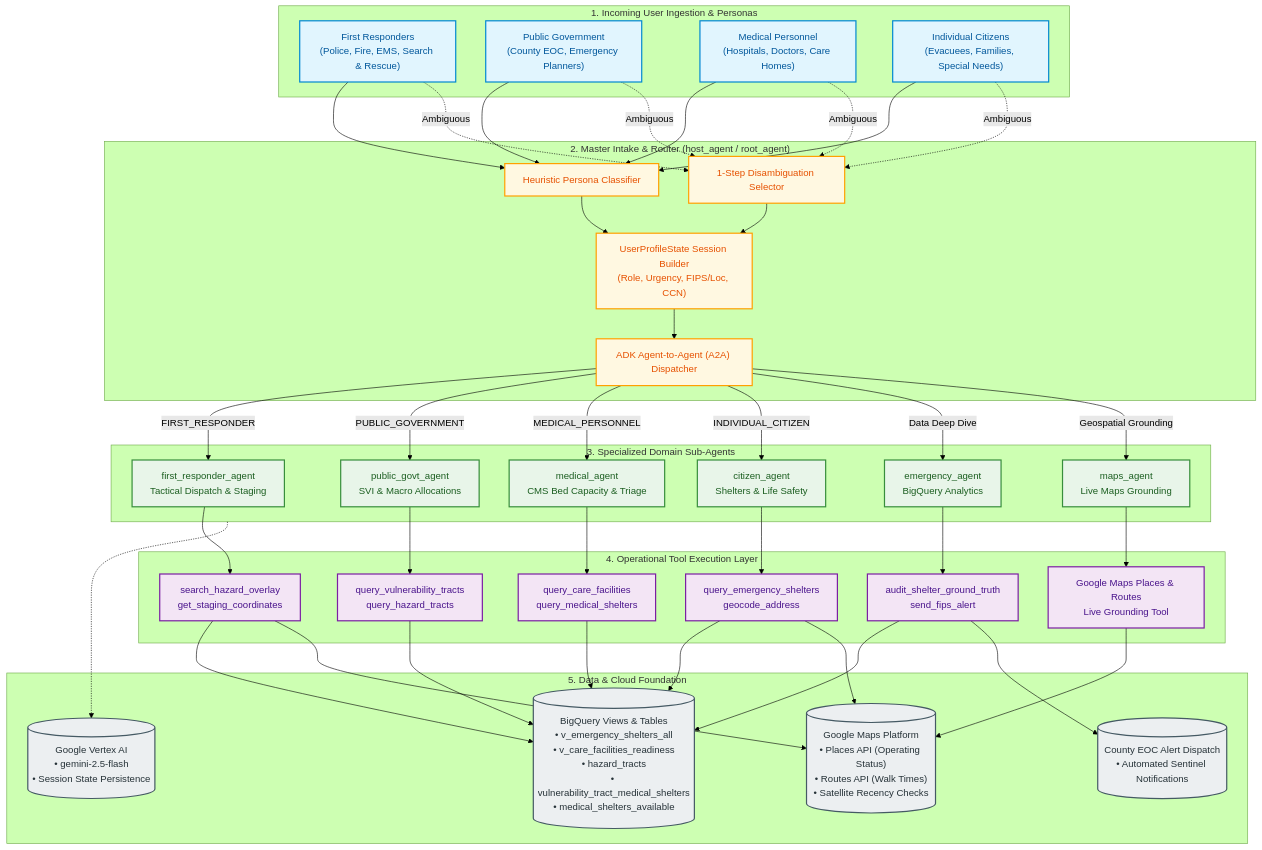
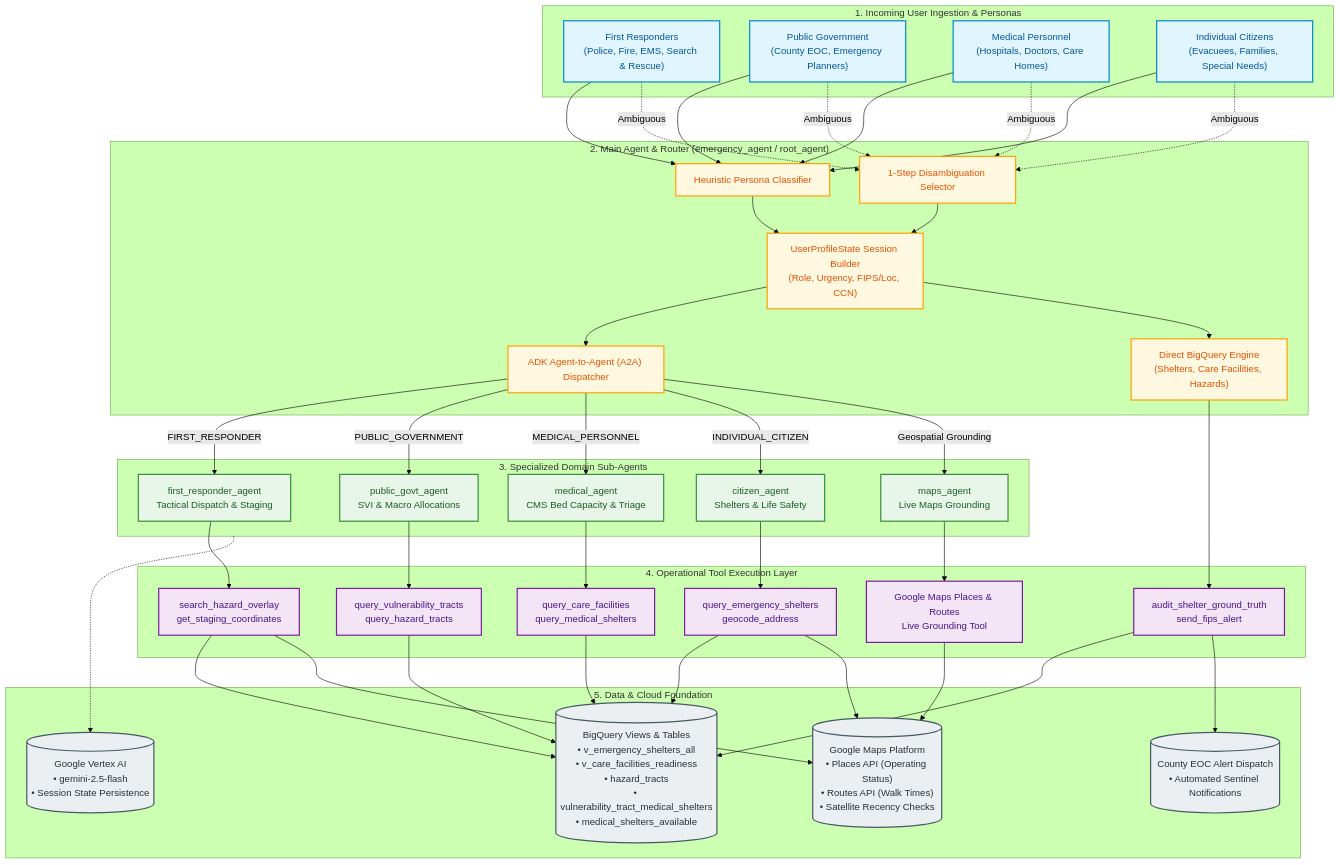
One commit to rrunder97/Agents-For-Impact changed the first of 2 diagrams in ARCHITECTURE.md. Above: the diagram before and after it, drawn with Mermaid (forest theme). The commit also changed other lines of this file and 3 other files, not shown here.

Commit message:
feat(agent): configure emergency_agent as main root agent and coordinator

```diff
--- a/ARCHITECTURE.md
+++ b/ARCHITECTURE.md
@@ -21,14 +21,16 @@
         U4["Individual Citizens<br/>(Evacuees, Families, Special Needs)"]:::userLayer
     end
 
-    subgraph IntakeRouter ["2. Master Intake & Router (host_agent / root_agent)"]
+    subgraph IntakeRouter ["2. Main Agent & Router (emergency_agent / root_agent)"]
         H1["Heuristic Persona Classifier"]:::routerLayer
         H2["1-Step Disambiguation Selector"]:::routerLayer
         H3["UserProfileState Session Builder<br/>(Role, Urgency, FIPS/Loc, CCN)"]:::routerLayer
         H4["ADK Agent-to-Agent (A2A) Dispatcher"]:::routerLayer
+        H5["Direct BigQuery Engine<br/>(Shelters, Care Facilities, Hazards)"]:::routerLayer
         H1 --> H3
         H2 --> H3
         H3 --> H4
+        H3 --> H5
     end
 
     subgraph DomainAgents ["3. Specialized Domain Sub-Agents"]
@@ -36,7 +38,6 @@
         A2["public_govt_agent<br/>SVI & Macro Allocations"]:::agentLayer
         A3["medical_agent<br/>CMS Bed Capacity & Triage"]:::agentLayer
         A4["citizen_agent<br/>Shelters & Life Safety"]:::agentLayer
-        A5["emergency_agent<br/>BigQuery Analytics"]:::agentLayer
         A6["maps_agent<br/>Live Maps Grounding"]:::agentLayer
     end
 
@@ -69,14 +70,13 @@
     H4 -->|PUBLIC_GOVERNMENT| A2
     H4 -->|MEDICAL_PERSONNEL| A3
     H4 -->|INDIVIDUAL_CITIZEN| A4
-    H4 -->|Data Deep Dive| A5
     H4 -->|Geospatial Grounding| A6
+    H5 --> T5
 
     A1 --> T1
     A2 --> T2
     A3 --> T3
     A4 --> T4
-    A5 --> T5
     A6 --> T6
 
     T1 --> BQ1
```
